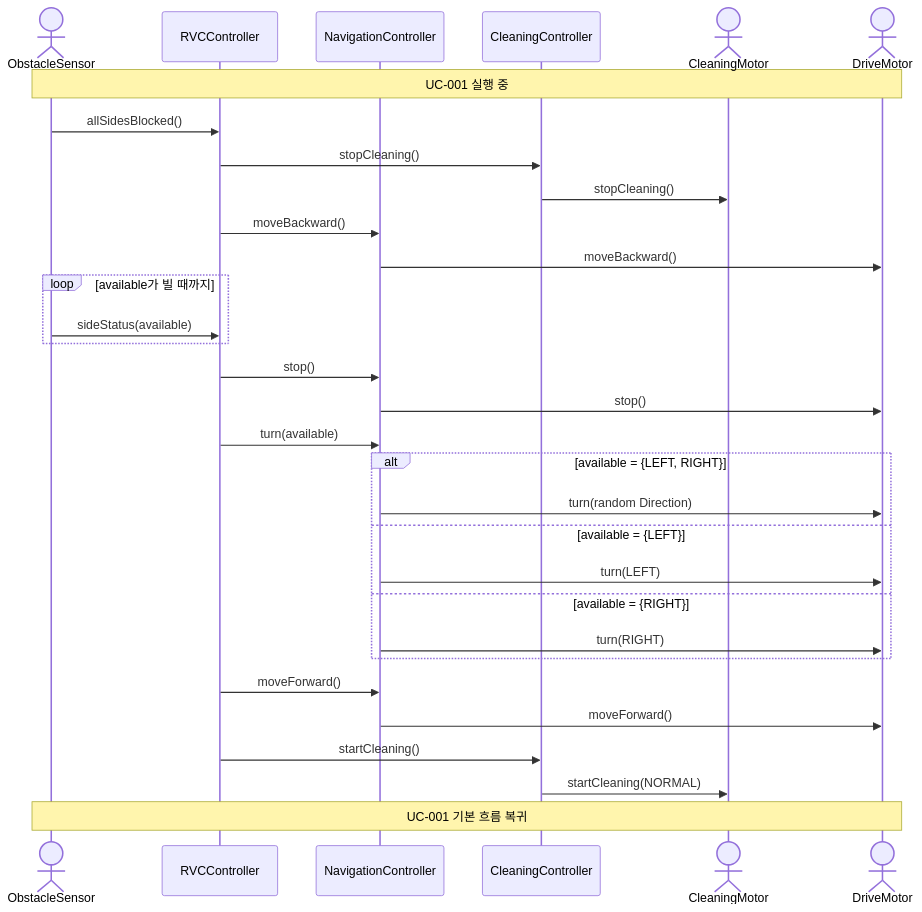
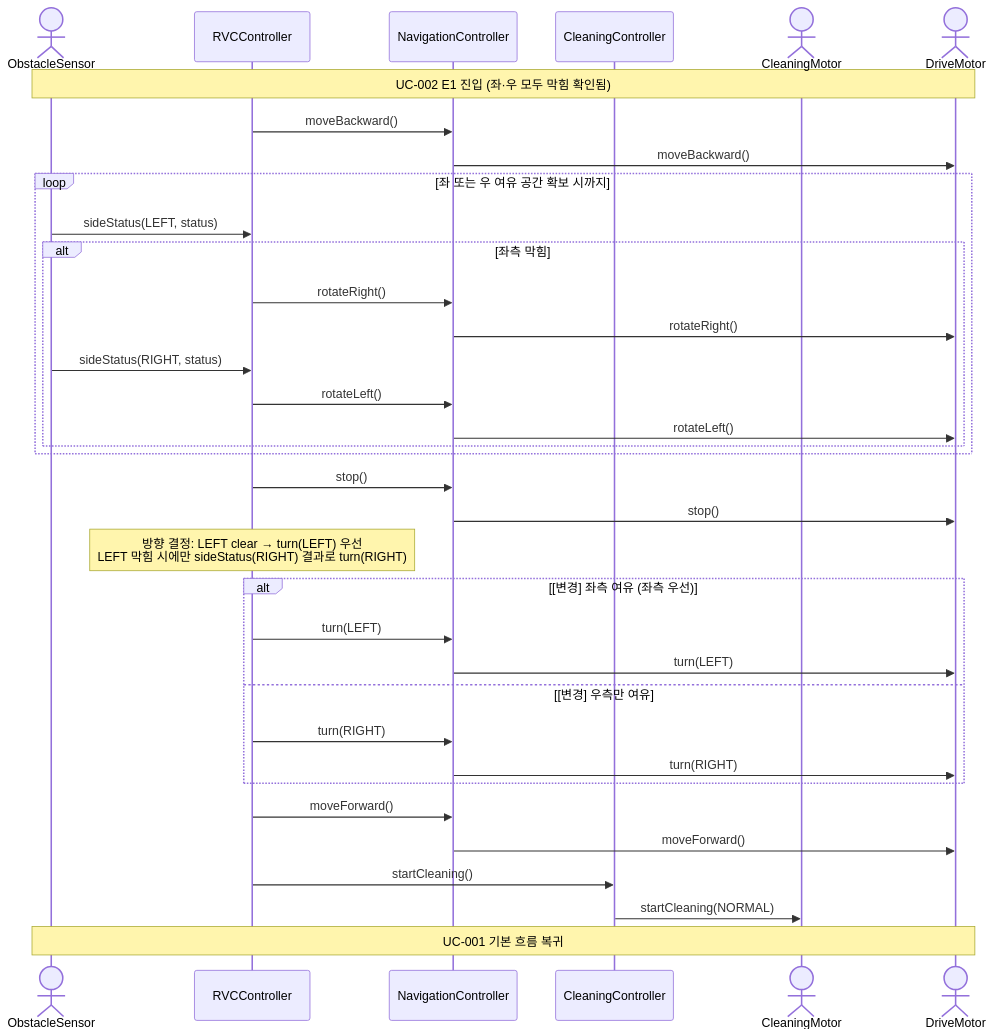
Before and after one commit to Jae-ah/RVC-CONTROLLER: the diagram in arch/design/sd/SD-003.md, drawn with Mermaid. The commit also changed other lines of this file and 32 other files, not shown here.

````diff
--- a/arch/design/sd/SD-003.md
+++ b/arch/design/sd/SD-003.md
@@ -8,41 +8,44 @@
 ```mermaid
 sequenceDiagram
     actor OS as ObstacleSensor
     participant RVC as RVCController
     participant NAV as NavigationController
     participant CLN as CleaningController
     actor CM as CleaningMotor
     actor DM as DriveMotor
 
-    Note over OS,DM: UC-001 실행 중
+    Note over OS,DM: UC-002 E1 진입 (좌·우 모두 막힘 확인됨)
 
-    OS->>RVC: allSidesBlocked()
-    RVC->>CLN: stopCleaning()
-    CLN->>CM: stopCleaning()
     RVC->>NAV: moveBackward()
     NAV->>DM: moveBackward()
 
-    loop available가 빌 때까지
-        OS->>RVC: sideStatus(available)
+    loop 좌 또는 우 여유 공간 확보 시까지
+        OS->>RVC: sideStatus(LEFT, status)
+        alt 좌측 막힘
+            RVC->>NAV: rotateRight()
+            NAV->>DM: rotateRight()
+            OS->>RVC: sideStatus(RIGHT, status)
+            RVC->>NAV: rotateLeft()
+            NAV->>DM: rotateLeft()
+        end
     end
 
     RVC->>NAV: stop()
     NAV->>DM: stop()
 
-    RVC->>NAV: turn(available)
-
-    alt available = {LEFT, RIGHT}
-        NAV->>DM: turn(random Direction)
-    else available = {LEFT}
+    Note over RVC: 방향 결정: LEFT clear → turn(LEFT) 우선<br/>LEFT 막힘 시에만 sideStatus(RIGHT) 결과로 turn(RIGHT)
+    alt [변경] 좌측 여유 (좌측 우선)
+        RVC->>NAV: turn(LEFT)
         NAV->>DM: turn(LEFT)
-    else available = {RIGHT}
+    else [변경] 우측만 여유
+        RVC->>NAV: turn(RIGHT)
         NAV->>DM: turn(RIGHT)
     end
 
     RVC->>NAV: moveForward()
     NAV->>DM: moveForward()
     RVC->>CLN: startCleaning()
     CLN->>CM: startCleaning(NORMAL)
 
     Note over OS,DM: UC-001 기본 흐름 복귀
 ```
````
